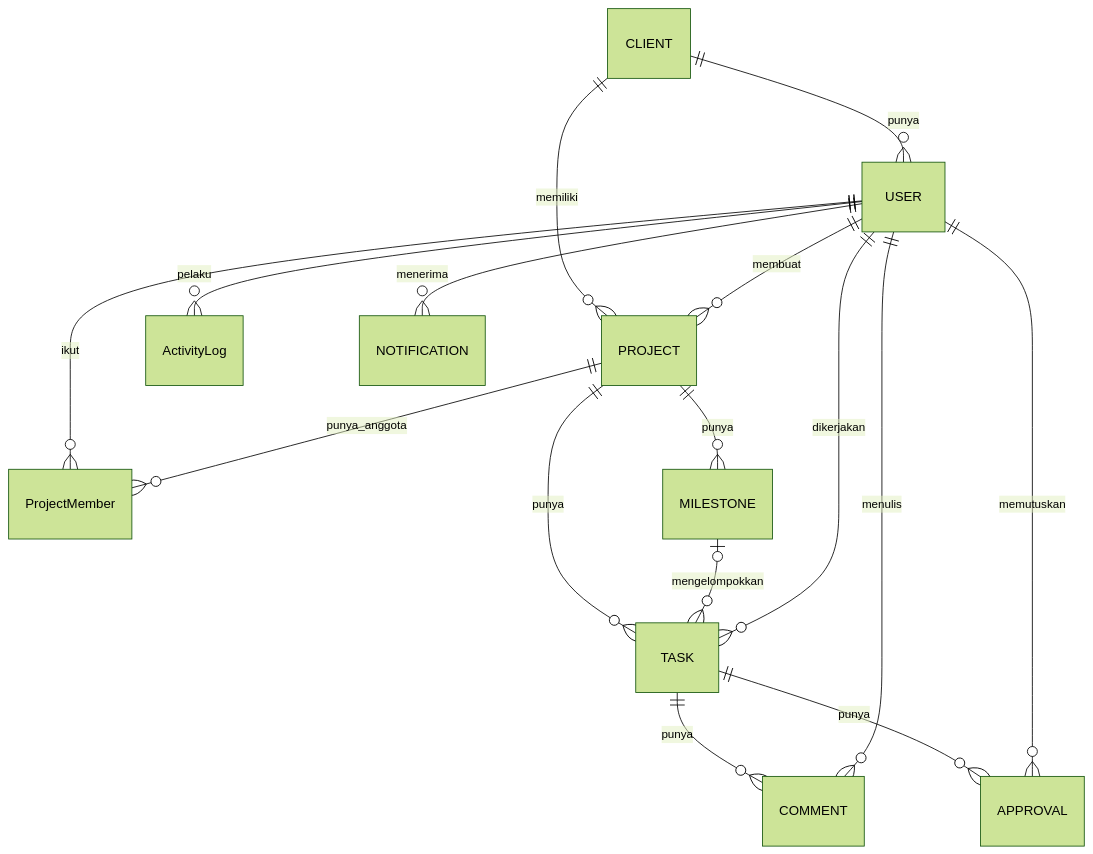
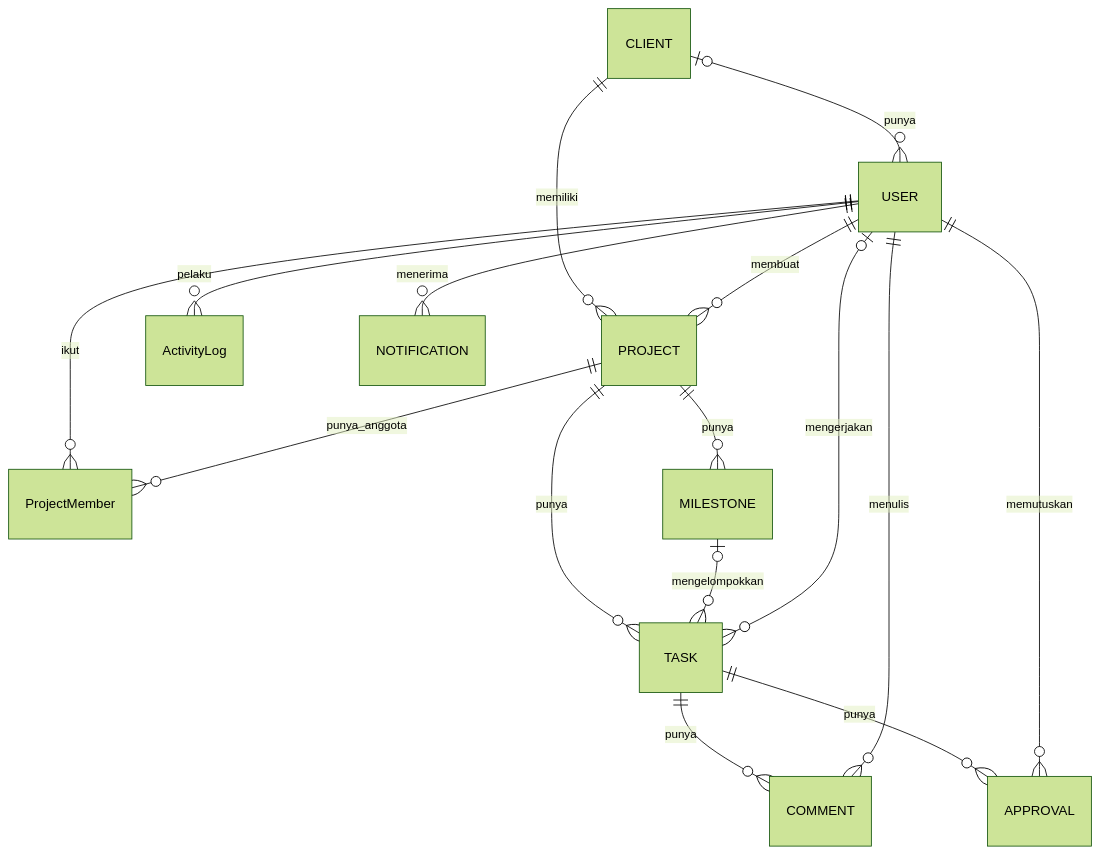
The diagram in docs/erd.md (kelazzsaint-max/zaid-workos), drawn with Mermaid (forest theme) before and after one commit.

Commit message:
docs: fix optional relations in ERD

````diff
--- a/docs/erd.md
+++ b/docs/erd.md
@@ -5,18 +5,18 @@
 ```mermaid
 erDiagram
-CLIENT ||--o{ USER : punya
+CLIENT |o--o{ USER : punya
 CLIENT ||--o{ PROJECT : memiliki
 USER ||--o{ PROJECT : membuat
 USER ||--o{ ProjectMember : ikut
 PROJECT ||--o{ ProjectMember : punya_anggota
 PROJECT ||--o{ MILESTONE : punya
 PROJECT ||--o{ TASK : punya
 MILESTONE |o--o{ TASK : mengelompokkan
-USER ||--o{ TASK : dikerjakan
+USER |o--o{ TASK : mengerjakan
 TASK ||--o{ COMMENT : punya
 USER ||--o{ COMMENT : menulis
 TASK ||--o{ APPROVAL : punya
 USER ||--o{ APPROVAL : memutuskan
 USER ||--o{ ActivityLog : pelaku
 USER ||--o{ NOTIFICATION : menerima
 ```
````
